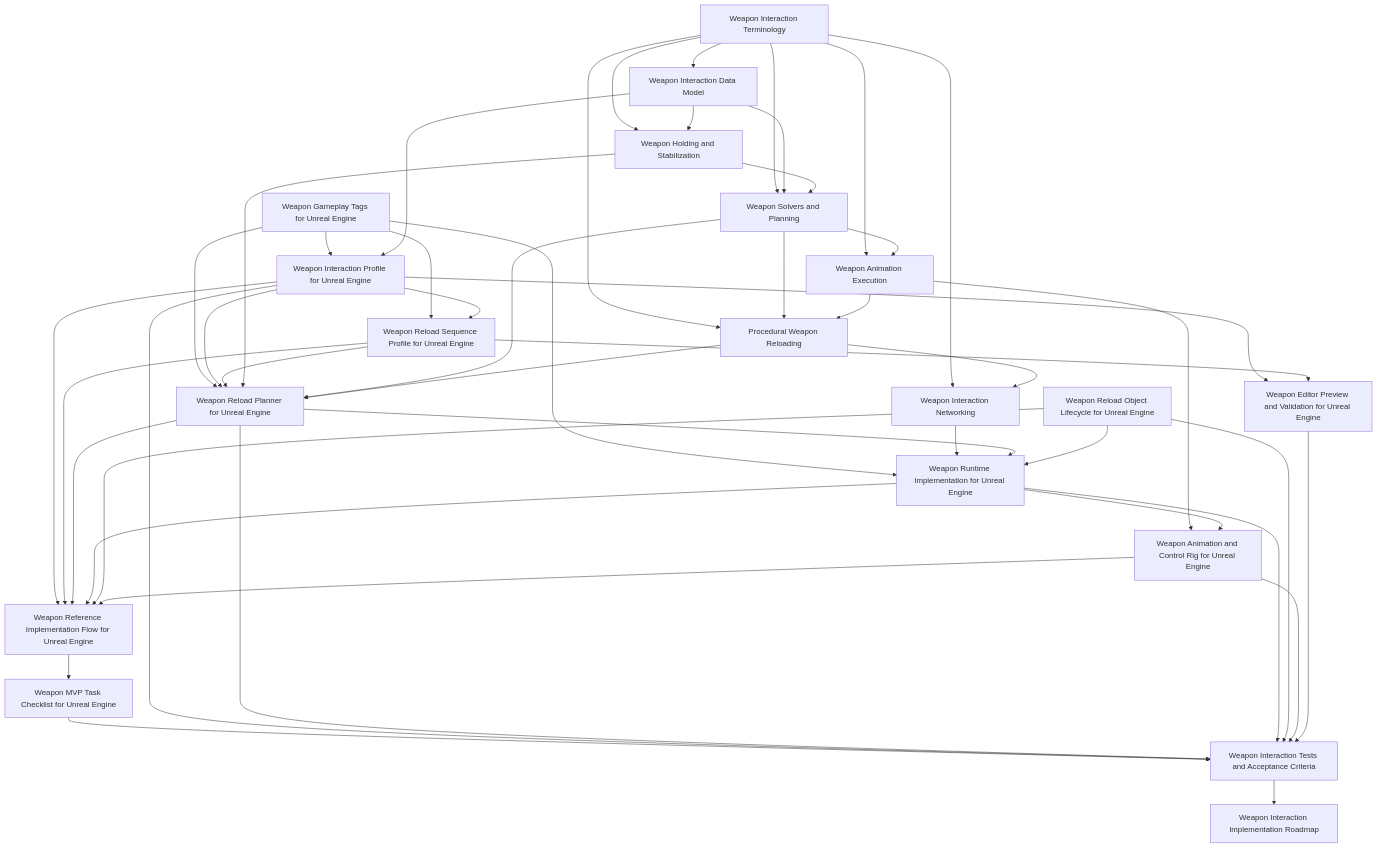
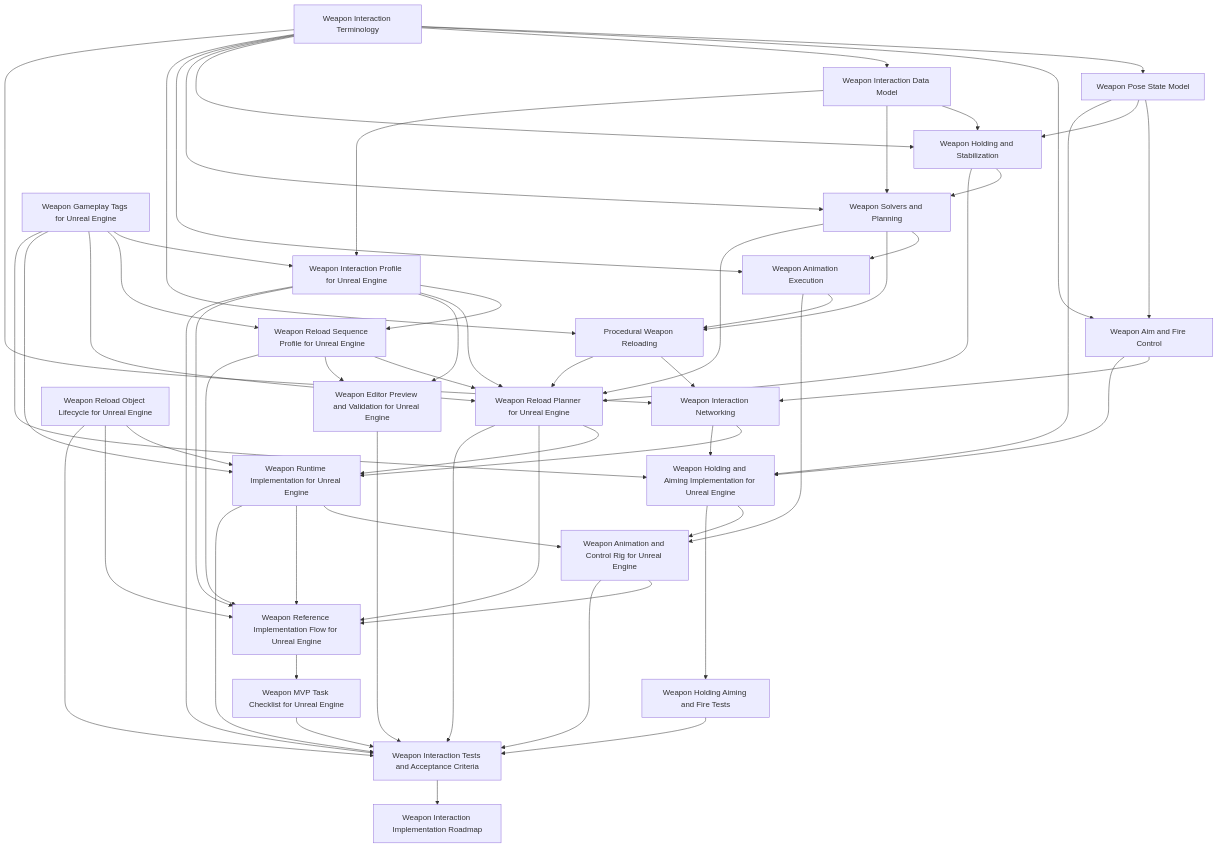
Before and after one commit to o-codify/HumanLocomotionSpecificationDocs: the diagram in docs/12-weapon-interaction/index.md, drawn with Mermaid. The commit also changed other lines of this file, not shown here.

Commit message:
Add weapon pose aiming fire docs to weapon interaction index

````diff
--- a/docs/12-weapon-interaction/index.md
+++ b/docs/12-weapon-interaction/index.md
@@ -161,6 +183,8 @@
 ```mermaid
 flowchart TD
     Terms[Weapon Interaction Terminology]
+    Pose[Weapon Pose State Model]
+    AimFire[Weapon Aim and Fire Control]
     Data[Weapon Interaction Data Model]
     Holding[Weapon Holding and Stabilization]
     Solvers[Weapon Solvers and Planning]
@@ -172,14 +196,18 @@
     UESeq[Weapon Reload Sequence Profile for Unreal Engine]
     UEPlanner[Weapon Reload Planner for Unreal Engine]
     UERuntime[Weapon Runtime Implementation for Unreal Engine]
+    UEAim[Weapon Holding and Aiming Implementation for Unreal Engine]
     UEObjects[Weapon Reload Object Lifecycle for Unreal Engine]
     UERig[Weapon Animation and Control Rig for Unreal Engine]
     UEPreview[Weapon Editor Preview and Validation for Unreal Engine]
     Ref[Weapon Reference Implementation Flow for Unreal Engine]
     Checklist[Weapon MVP Task Checklist for Unreal Engine]
+    AimTests[Weapon Holding Aiming and Fire Tests]
     Tests[Weapon Interaction Tests and Acceptance Criteria]
     Roadmap[Weapon Interaction Implementation Roadmap]
 
+    Terms --> Pose
+    Terms --> AimFire
     Terms --> Data
     Terms --> Holding
     Terms --> Solvers
@@ -187,6 +215,10 @@
     Terms --> Reload
     Terms --> Net
 
+    Pose --> AimFire
+    Pose --> Holding
+    AimFire --> Net
+    AimFire --> UEAim
     Data --> Holding
     Data --> Solvers
     Holding --> Solvers
@@ -199,6 +231,7 @@
     Tags --> UESeq
     Tags --> UEPlanner
     Tags --> UERuntime
+    Tags --> UEAim
     Data --> UEProfile
     UEProfile --> UESeq
     UEProfile --> UEPlanner
@@ -207,8 +240,11 @@
     Solvers --> UEPlanner
     Reload --> UEPlanner
     Net --> UERuntime
+    Net --> UEAim
     UEPlanner --> UERuntime
     UEObjects --> UERuntime
+    Pose --> UEAim
+    UEAim --> UERig
     AnimExec --> UERig
     UERuntime --> UERig
     UEProfile --> UEPreview
@@ -222,6 +258,8 @@
     UERig --> Ref
 
     Ref --> Checklist
+    UEAim --> AimTests
+    AimTests --> Tests
     Checklist --> Tests
     UEProfile --> Tests
     UEPlanner --> Tests
````
